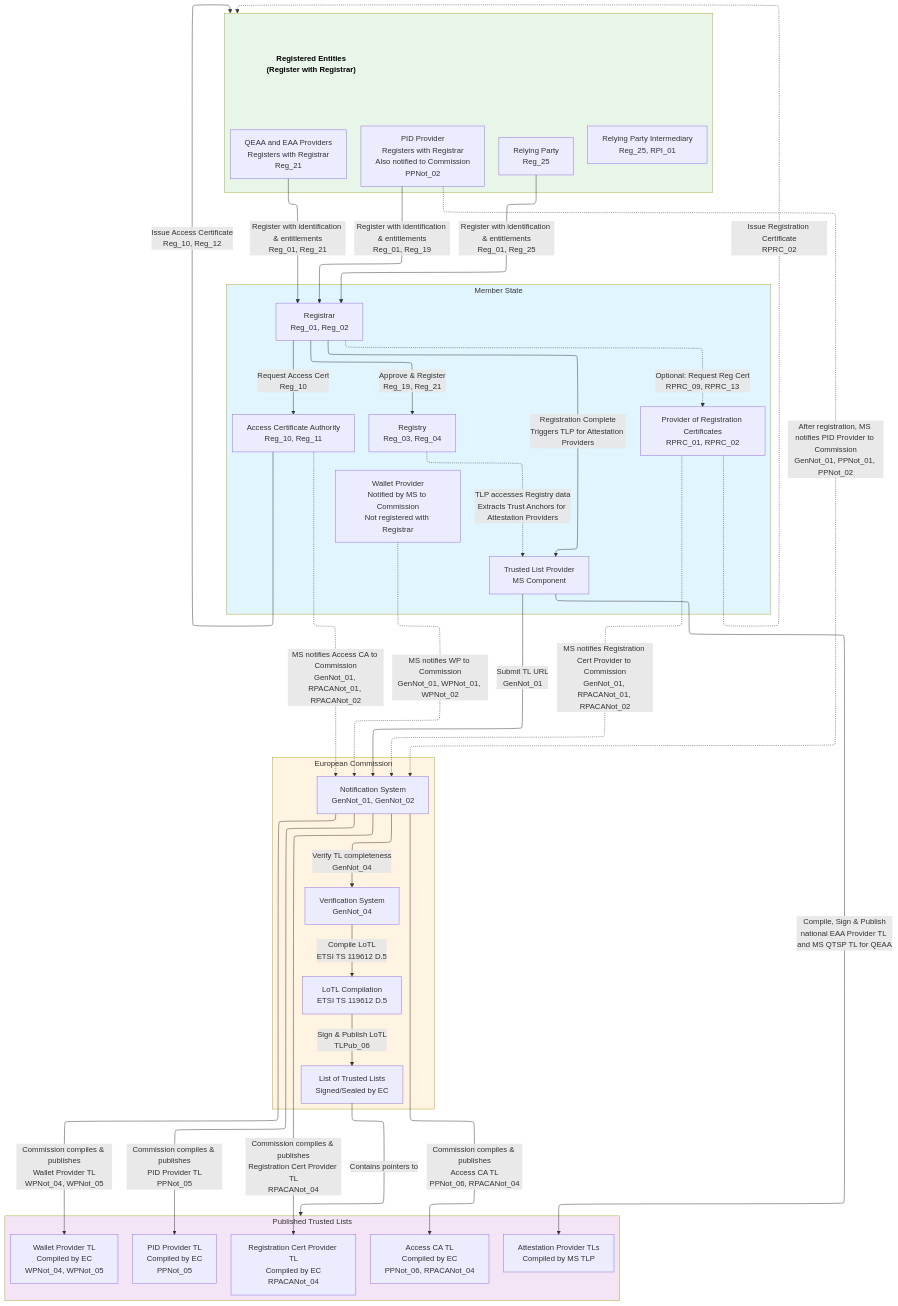
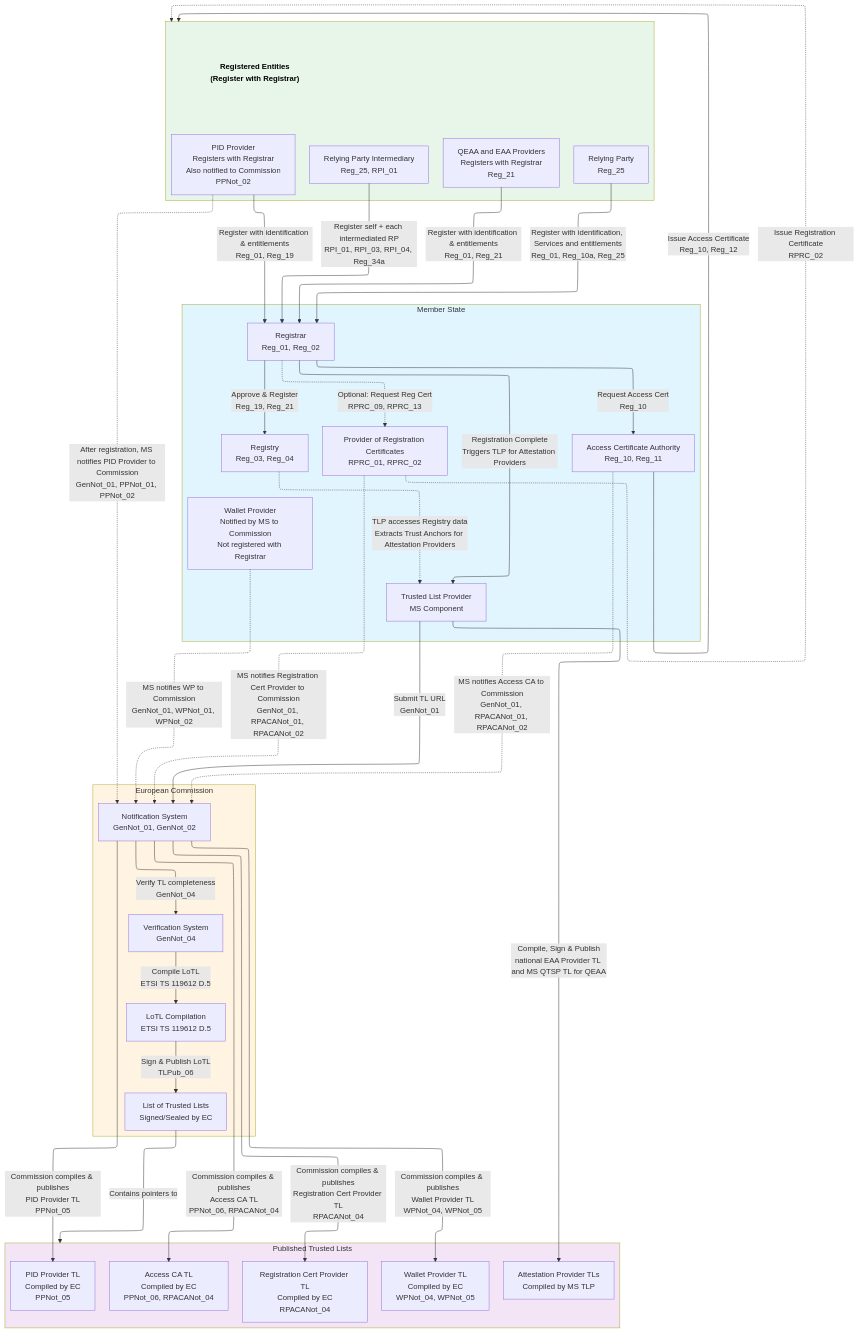
Before and after one commit to webuild-consortium/wp4-architecture: the first of 4 diagrams in blueprint/appendix-trust-ecosystem.md, drawn with Mermaid.

Commit message:
Apply suggestion from @peppelinux

````diff
--- a/blueprint/appendix-trust-ecosystem.md
+++ b/blueprint/appendix-trust-ecosystem.md
@@ -54,79 +54,80 @@
 ```mermaid
 %%{init: {"flowchart": {"defaultRenderer": "elk"}} }%%
 graph TB
     classDef titleBox fill:none,stroke:none,font-weight:bold,font-size:16px,color:black;
 
     subgraph MS["Member State"]
         Registrar[Registrar<br/>Reg_01, Reg_02]
         AccessCA[Access Certificate Authority<br/>Reg_10, Reg_11]
         RegCertProv[Provider of Registration Certificates<br/>RPRC_01, RPRC_02]
         TLProvider[Trusted List Provider<br/>MS Component]
         Registry[Registry<br/>Reg_03, Reg_04]
         WP[Wallet Provider<br/>Notified by MS to Commission<br/>Not registered with Registrar]
         Registry ~~~ WP
     end
 
     subgraph EC["European Commission"]
         ECNotify[Notification System<br/>GenNot_01, GenNot_02]
         ECVerify[Verification System<br/>GenNot_04]
         LoTLCompile[LoTL Compilation<br/>ETSI TS 119612 D.5]
         LoTL[List of Trusted Lists<br/>Signed/Sealed by EC]
     end
 
     subgraph EntitiesScope[ ]
         EntitiesTitle["Registered Entities<br/>(Register with Registrar)"]:::titleBox
         PID[PID Provider<br/>Registers with Registrar<br/>Also notified to Commission<br/>PPNot_02]
         AP[QEAA and EAA Providers<br/>Registers with Registrar<br/>Reg_21]
         RP[Relying Party<br/>Reg_25]
         EntitiesTitle ~~~ PID
         EntitiesTitle ~~~ AP
         RP[Relying Party<br/>Reg_25]
         RPI[Relying Party Intermediary<br/>Reg_25, RPI_01]
         EntitiesTitle ~~~ PID
         EntitiesTitle ~~~ AP
         EntitiesTitle ~~~ RP
         EntitiesTitle ~~~ RPI
     end
 
     subgraph TL["Published Trusted Lists"]
         WPTL[Wallet Provider TL<br/>Compiled by EC<br/>WPNot_04, WPNot_05]
         PIDTL[PID Provider TL<br/>Compiled by EC<br/>PPNot_05]
         APTL[Attestation Provider TLs<br/>Compiled by MS TLP]
         ACATL[Access CA TL<br/>Compiled by EC<br/>PPNot_06, RPACANot_04]
         RegCertTL[Registration Cert Provider TL<br/>Compiled by EC<br/>RPACANot_04]
     end
 
     PID -->|Register with identification & entitlements<br/>Reg_01, Reg_19| Registrar
     AP -->|Register with identification & entitlements<br/>Reg_01, Reg_21| Registrar
-    RP -->|Register with identification & entitlements<br/>Reg_01, Reg_25| Registrar
+    RP -->|Register with identification, Services and entitlements<br/>Reg_01, Reg_10a, Reg_25| Registrar
+    RPI -->|Register self + each intermediated RP<br/>RPI_01, RPI_03, RPI_04, Reg_34a| Registrar
 
     WP -.->|MS notifies WP to Commission<br/>GenNot_01, WPNot_01, WPNot_02| ECNotify
     PID -.->|After registration, MS notifies PID Provider to Commission<br/>GenNot_01, PPNot_01, PPNot_02| ECNotify
     AccessCA -.->|MS notifies Access CA to Commission<br/>GenNot_01, RPACANot_01, RPACANot_02| ECNotify
     RegCertProv -.->|MS notifies Registration Cert Provider to Commission<br/>GenNot_01, RPACANot_01, RPACANot_02| ECNotify
 
     Registrar -->|Approve & Register<br/>Reg_19, Reg_21| Registry
     Registrar -->|Request Access Cert<br/>Reg_10| AccessCA
     AccessCA -->|Issue Access Certificate<br/>Reg_10, Reg_12| EntitiesScope
     Registrar -.->|Optional: Request Reg Cert<br/>RPRC_09, RPRC_13| RegCertProv
     RegCertProv -.->|Issue Registration Certificate<br/>RPRC_02| EntitiesScope
 
     Registrar -->|Registration Complete<br/>Triggers TLP for Attestation Providers| TLProvider
     Registry -.->|TLP accesses Registry data<br/>Extracts Trust Anchors for Attestation Providers| TLProvider
 
     TLProvider -->|Compile, Sign & Publish<br/>national EAA Provider TL and MS QTSP TL for QEAA| APTL
     TLProvider -->|Submit TL URL<br/>GenNot_01| ECNotify
     ECNotify -->|Commission compiles & publishes<br/>Wallet Provider TL<br/>WPNot_04, WPNot_05| WPTL
     ECNotify -->|Commission compiles & publishes<br/>PID Provider TL<br/>PPNot_05| PIDTL
     ECNotify -->|Commission compiles & publishes<br/>Access CA TL<br/>PPNot_06, RPACANot_04| ACATL
     ECNotify -->|Commission compiles & publishes<br/>Registration Cert Provider TL<br/>RPACANot_04| RegCertTL
     ECNotify -->|Verify TL completeness<br/>GenNot_04| ECVerify
     ECVerify -->|Compile LoTL<br/>ETSI TS 119612 D.5| LoTLCompile
     LoTLCompile -->|Sign & Publish LoTL<br/>TLPub_06| LoTL
     LoTL -->|Contains pointers to| TL
 
     style MS fill:#e1f5ff
     style EC fill:#fff4e1
     style EntitiesScope fill:#e8f5e9
     style TL fill:#f3e5f5
 ```
````
